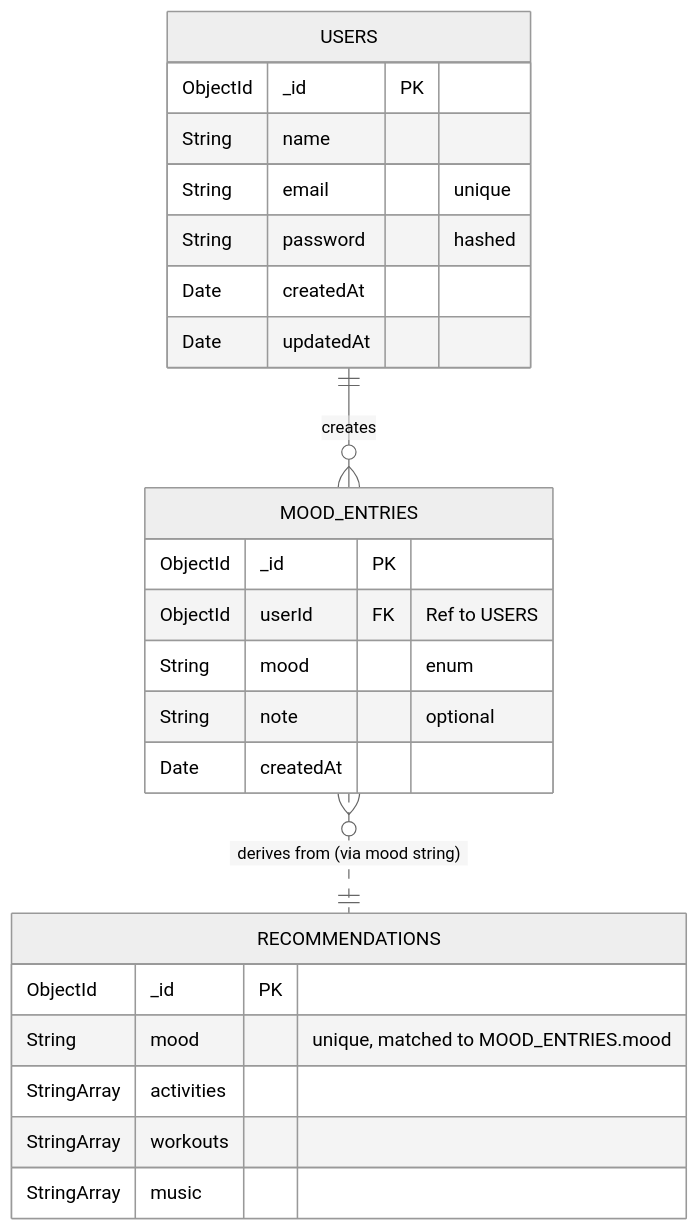
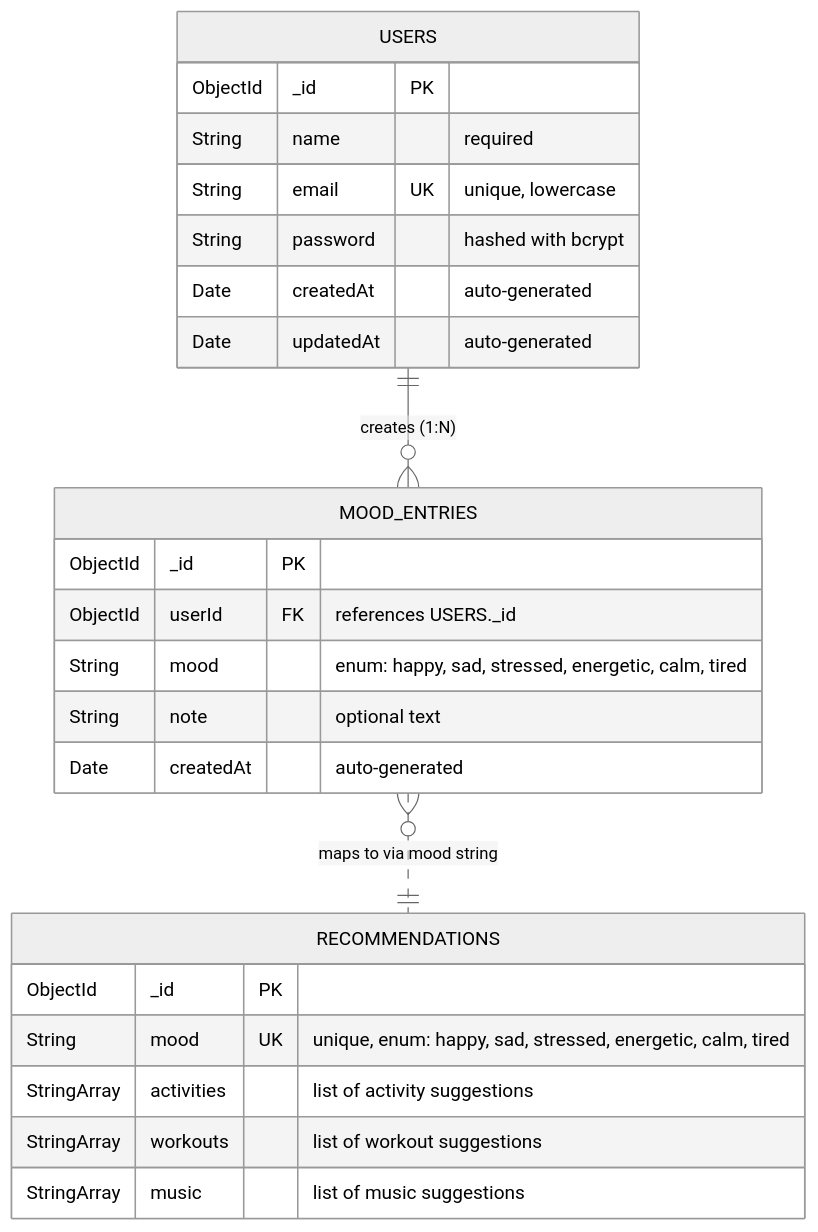
One commit to AnshS-GIT/athleticore changed the diagram in ErDiagram.md. Above: the diagram before and after it, drawn with Mermaid (neutral theme). The commit also changed other lines of this file and 4 other files, not shown here.

````diff
--- a/ErDiagram.md
+++ b/ErDiagram.md
@@ -3,36 +3,31 @@
 ```mermaid
 erDiagram
 
     USERS {
         ObjectId _id PK
-        String name
-        String email "unique"
-        String password "hashed"
-        Date createdAt
-        Date updatedAt
+        String name "required"
+        String email UK "unique, lowercase"
+        String password "hashed with bcrypt"
+        Date createdAt "auto-generated"
+        Date updatedAt "auto-generated"
     }
 
     MOOD_ENTRIES {
         ObjectId _id PK
-        ObjectId userId FK "Ref to USERS"
-        String mood "enum"
-        String note "optional"
-        Date createdAt
+        ObjectId userId FK "references USERS._id"
+        String mood "enum: happy, sad, stressed, energetic, calm, tired"
+        String note "optional text"
+        Date createdAt "auto-generated"
     }
 
     RECOMMENDATIONS {
         ObjectId _id PK
-        String mood "unique, matched to MOOD_ENTRIES.mood"
-        StringArray activities
-        StringArray workouts
-        StringArray music
+        String mood UK "unique, enum: happy, sad, stressed, energetic, calm, tired"
+        StringArray activities "list of activity suggestions"
+        StringArray workouts "list of workout suggestions"
+        StringArray music "list of music suggestions"
     }
 
-    USERS ||--o{ MOOD_ENTRIES : creates
-    
-    %% Note: Recommendations are a global lookup map tied to the string value of 'mood'
-    %% It is not a direct foreign-key table map in the traditional relational sense unless mood itself is an entity.
-    %% We represent the conceptual link below.
-    MOOD_ENTRIES }o..|| RECOMMENDATIONS : "derives from (via mood string)"
-
+    USERS ||--o{ MOOD_ENTRIES : "creates (1:N)"
+    MOOD_ENTRIES }o..|| RECOMMENDATIONS : "maps to via mood string"
 ```
````
